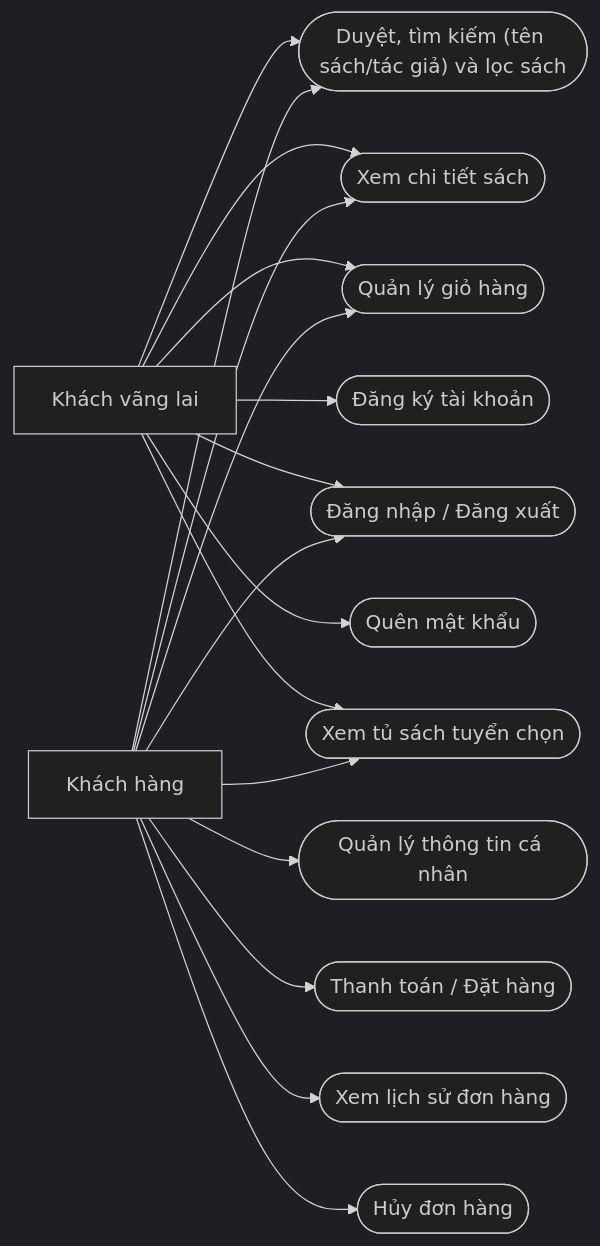
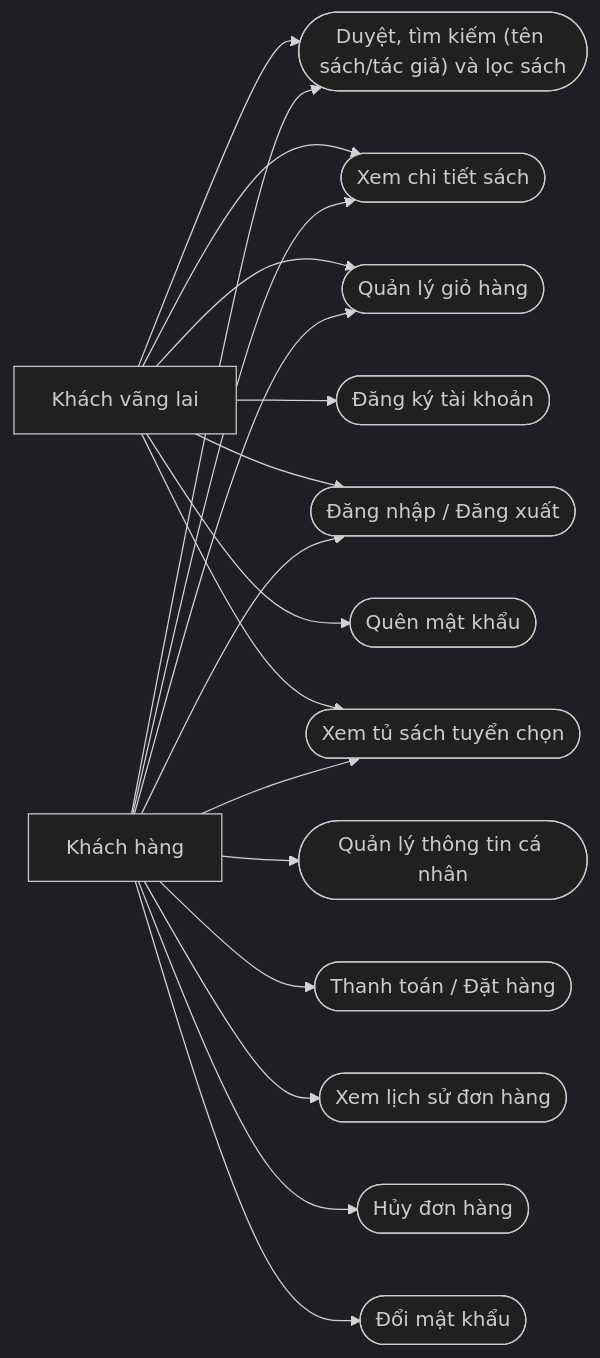
One commit to ducle20052205/book-store-website changed the second of 3 diagrams in docs/SRS.md. Above: the diagram before and after it, drawn with Mermaid (dark theme). The commit also changed other lines of this file and 2 other files, not shown here.

````diff
--- a/docs/SRS.md
+++ b/docs/SRS.md
@@ -141,34 +157,36 @@
 ```mermaid
 flowchart LR
     G[Khách vãng lai]
     C[Khách hàng]
 
     UC1(["Duyệt, tìm kiếm (tên sách/tác giả) và lọc sách"])
     UC2([Xem chi tiết sách])
     UC3([Quản lý giỏ hàng])
     UC4([Đăng ký tài khoản])
     UC5([Đăng nhập / Đăng xuất])
     UC6([Quên mật khẩu])
     UC7([Quản lý thông tin cá nhân])
     UC8([Thanh toán / Đặt hàng])
     UC9([Xem lịch sử đơn hàng])
     UC10([Hủy đơn hàng])
     UC15([Xem tủ sách tuyển chọn])
+    UC16([Đổi mật khẩu])
 
     G --> UC1
     G --> UC2
     G --> UC3
     G --> UC4
     G --> UC5
     G --> UC6
     G --> UC15
     C --> UC1
     C --> UC2
     C --> UC3
     C --> UC5
     C --> UC7
     C --> UC8
     C --> UC9
     C --> UC10
     C --> UC15
+    C --> UC16
 ```
````
